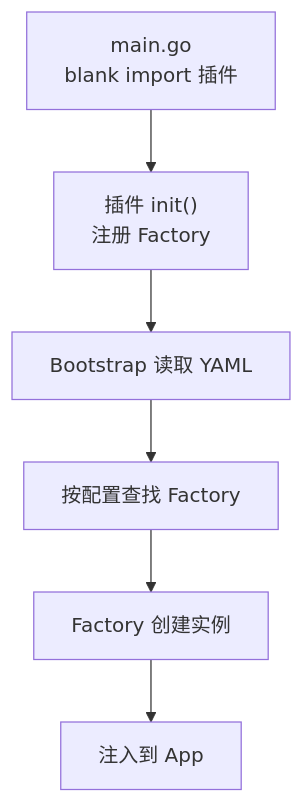
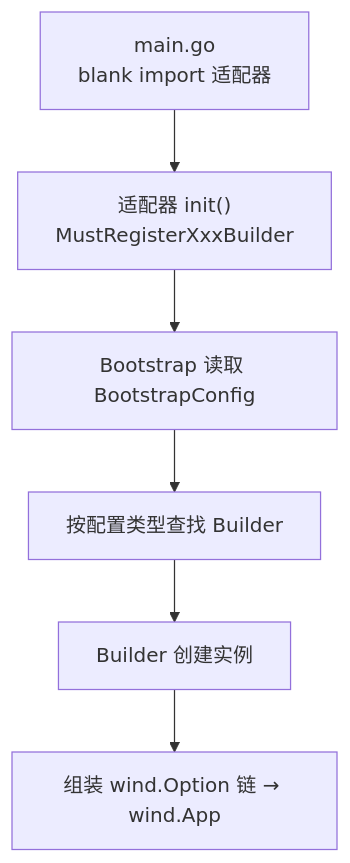
One commit to tx7do/gowind-website changed the first of 2 diagrams in docs/framework/bootstrap-spi.md. Above: the diagram before and after it, drawn with Mermaid. The commit also changed other lines of this file and 172 other files, not shown here.

````diff
--- a/docs/framework/bootstrap-spi.md
+++ b/docs/framework/bootstrap-spi.md
@@ -7,8 +7,8 @@
 ```mermaid
 graph TB
-    A["main.go<br/>blank import 插件"] --> B["插件 init()<br/>注册 Factory"]
-    B --> C["Bootstrap 读取 YAML"]
-    C --> D["按配置查找 Factory"]
-    D --> E["Factory 创建实例"]
-    E --> F["注入到 App"]
+    A["main.go<br/>blank import 适配器"] --> B["适配器 init()<br/>MustRegisterXxxBuilder"]
+    B --> C["Bootstrap 读取 BootstrapConfig"]
+    C --> D["按配置类型查找 Builder"]
+    D --> E["Builder 创建实例"]
+    E --> F["组装 wind.Option 链 → wind.App"]
 ```
````
